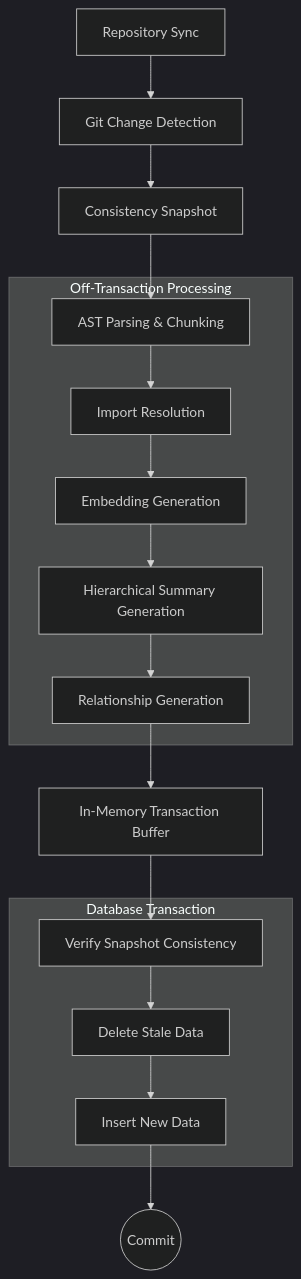
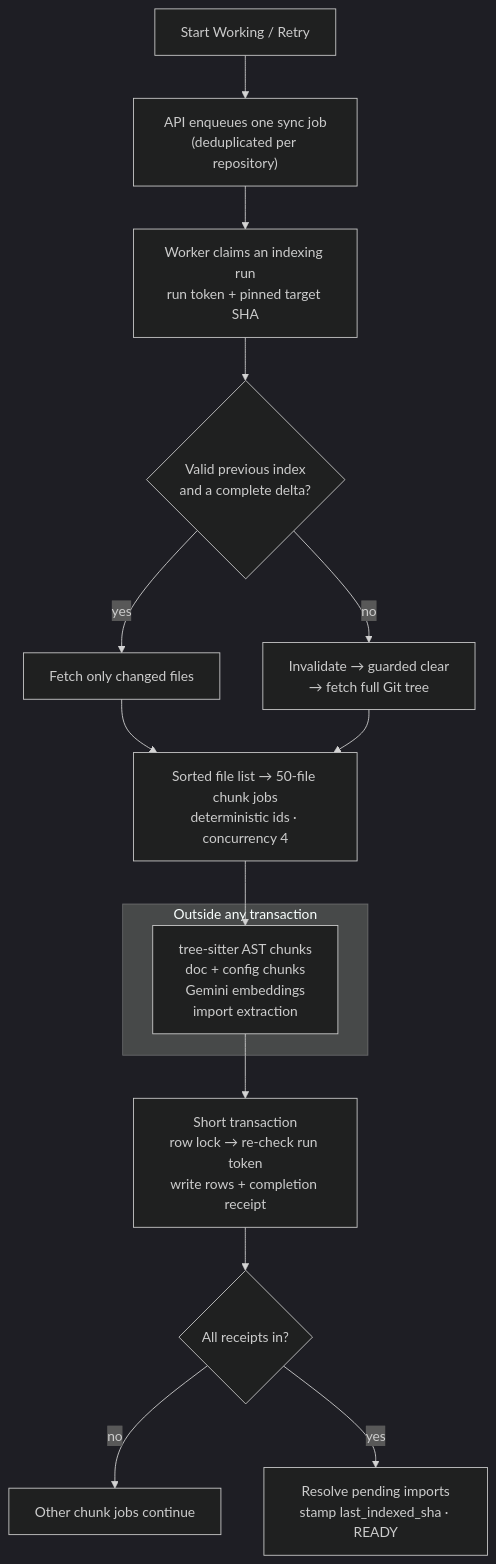
The second of 3 diagrams in README.md (aravindpulkam3/CodePilot), drawn with Mermaid (dark theme) before and after one commit. The commit also changed other lines of this file and 1 other file, not shown here.

Commit message:
docs: rewrite README to match the current architecture

````diff
--- a/README.md
+++ b/README.md
@@ -119,28 +139,20 @@
 ```mermaid
 flowchart TD
-    A["Repository Sync"] --> B["Git Change Detection"]
-    B --> C["Consistency Snapshot"]
-    
-    subgraph Generation ["Off-Transaction Processing"]
-        D["AST Parsing & Chunking"]
-        E["Import Resolution"]
-        F["Embedding Generation"]
-        G["Hierarchical Summary Generation"]
-        H["Relationship Generation"]
+    A["Start Working / Retry"] --> B["API enqueues one sync job<br/>(deduplicated per repository)"]
+    B --> C["Worker claims an indexing run<br/>run token + pinned target SHA"]
+    C --> D{"Valid previous index<br/>and a complete delta?"}
+    D -->|"yes"| E["Fetch only changed files"]
+    D -->|"no"| F["Invalidate → guarded clear<br/>→ fetch full Git tree"]
+    E --> G["Sorted file list → 50-file chunk jobs<br/>deterministic ids · concurrency 4"]
+    F --> G
+
+    subgraph OUT ["Outside any transaction"]
+        H["tree-sitter AST chunks<br/>doc + config chunks<br/>Gemini embeddings<br/>import extraction"]
     end
-    
-    C --> D
-    D --> E --> F --> G --> H
-    
-    H --> I["In-Memory Transaction Buffer"]
-    
-    subgraph Atomic ["Database Transaction"]
-        J["Verify Snapshot Consistency"]
-        K["Delete Stale Data"]
-        L["Insert New Data"]
-    end
-    
-    I --> J
-    J --> K --> L
-    L --> M(("Commit"))
+
+    G --> H
+    H --> I["Short transaction<br/>row lock → re-check run token<br/>write rows + completion receipt"]
+    I --> J{"All receipts in?"}
+    J -->|"no"| K["Other chunk jobs continue"]
+    J -->|"yes"| L["Resolve pending imports<br/>stamp last_indexed_sha · READY"]
 ```
````
